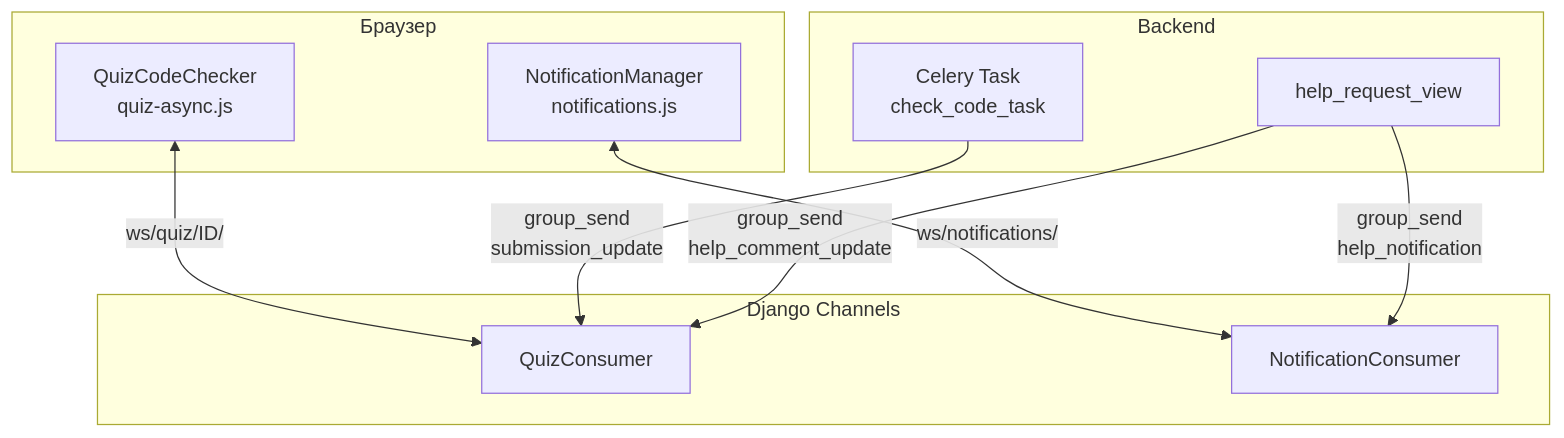
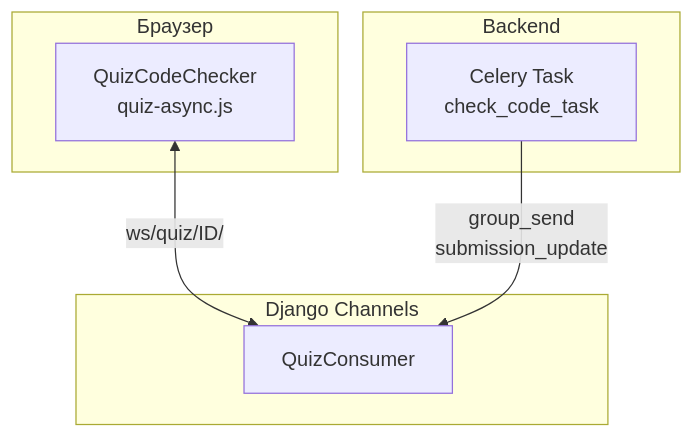
Before and after one commit to Kirill2517nv/SiteAboutMe: the first of 3 diagrams in docs/frontend/websocket.md, drawn with Mermaid. The commit also changed other lines of this file and 103 other files, not shown here.

````diff
--- a/docs/frontend/websocket.md
+++ b/docs/frontend/websocket.md
@@ -9,24 +9,18 @@
 ```mermaid
 flowchart TB
     subgraph Browser["Браузер"]
         QCC[QuizCodeChecker\nquiz-async.js]
-        NM[NotificationManager\nnotifications.js]
     end
 
     subgraph Django["Django Channels"]
         QC[QuizConsumer]
-        NC[NotificationConsumer]
     end
 
     subgraph Backend["Backend"]
         CELERY[Celery Task\ncheck_code_task]
-        VIEW[help_request_view]
     end
 
     QCC <-->|"ws/quiz/ID/"| QC
-    NM <-->|"ws/notifications/"| NC
 
     CELERY -->|"group_send\nsubmission_update"| QC
-    VIEW -->|"group_send\nhelp_comment_update"| QC
-    VIEW -->|"group_send\nhelp_notification"| NC
 ```
````
